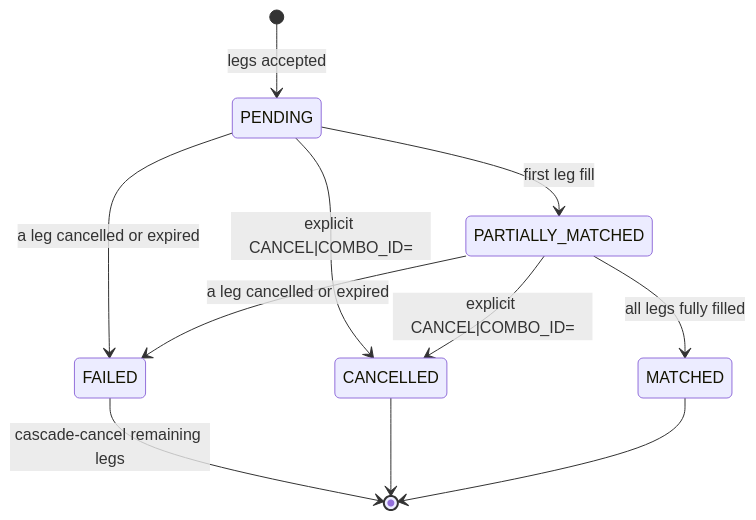
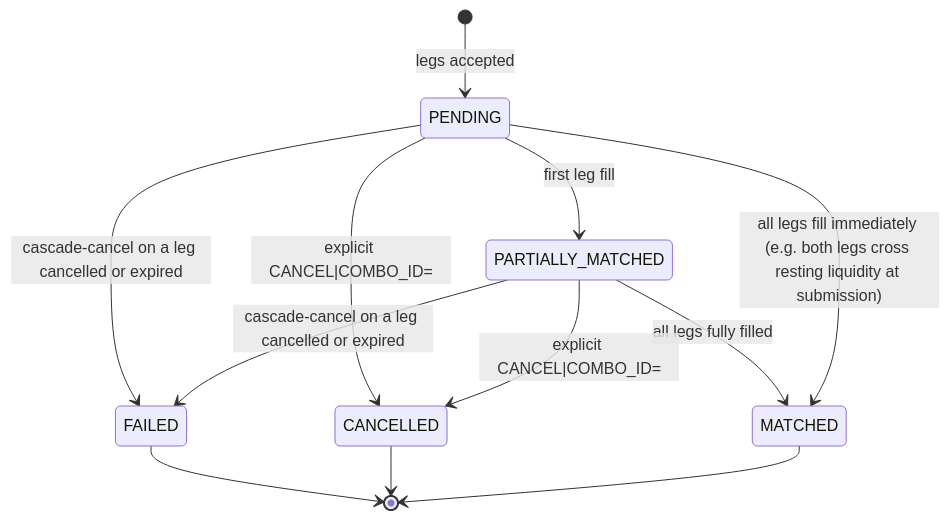
Before and after one commit to johan162/EduMatcher: the diagram in docs/user-guide/070-combo-orders.md, drawn with Mermaid. The commit also changed other lines of this file and 7 other files, not shown here.

````diff
--- a/docs/user-guide/070-combo-orders.md
+++ b/docs/user-guide/070-combo-orders.md
@@ -211,13 +211,14 @@
 ```mermaid
 stateDiagram-v2
     [*] --> PENDING : legs accepted
     PENDING --> PARTIALLY_MATCHED : first leg fill
     PARTIALLY_MATCHED --> MATCHED : all legs fully filled
-    PENDING --> FAILED : a leg cancelled or expired
-    PARTIALLY_MATCHED --> FAILED : a leg cancelled or expired
+    PENDING --> MATCHED : all legs fill immediately (e.g. both legs cross resting liquidity at submission)
+    PENDING --> FAILED : cascade-cancel on a leg cancelled or expired
+    PARTIALLY_MATCHED --> FAILED : cascade-cancel on a leg cancelled or expired
     PENDING --> CANCELLED : explicit CANCEL|COMBO_ID=
     PARTIALLY_MATCHED --> CANCELLED : explicit CANCEL|COMBO_ID=
-    FAILED --> [*] : cascade-cancel remaining legs
+    FAILED --> [*]
     CANCELLED --> [*]
     MATCHED --> [*]
 ```
````
